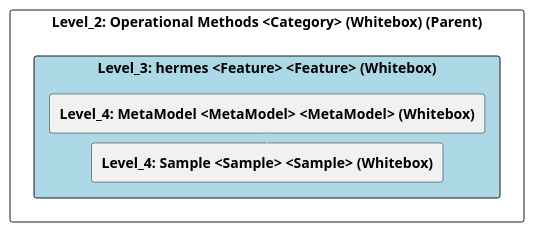
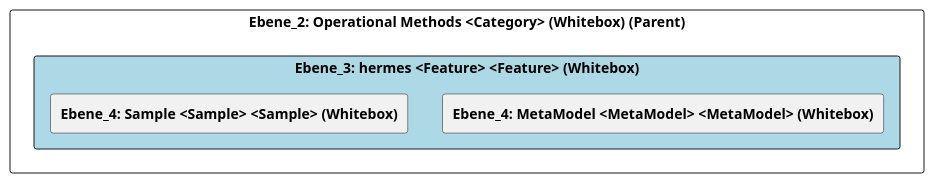
Before and after one commit to marcozwyssig/cleon: the diagram in doc/cleonproject_deliverables_architecture_model_architecture/adoc/de/05_bausteinsicht/cleon/operational_methods/hermes/ebene_3_hermes.adoc, drawn with PlantUML. The commit also changed other lines of this file and 150 other files, not shown here.

```diff
--- a/doc/cleonproject_deliverables_architecture_model_architecture/adoc/de/05_bausteinsicht/cleon/operational_methods/hermes/ebene_3_hermes.adoc
+++ b/doc/cleonproject_deliverables_architecture_model_architecture/adoc/de/05_bausteinsicht/cleon/operational_methods/hermes/ebene_3_hermes.adoc
@@ -20,28 +20,25 @@
-[plantuml, Level_3: hermes <Feature> <Feature> (Whitebox)BlockOverview, format="svg"]
+[plantuml, Ebene_3: hermes <Feature> <Feature> (Whitebox)BlockOverview, format="svg"]
 ----
-@startuml Level_3: hermes <Feature> <Feature> (Whitebox)BuildingBlockOverview
+@startuml Ebene_3: hermes <Feature> <Feature> (Whitebox)BuildingBlockOverview
 
 skinparam ranksep 10
 skinparam componentStyle rectangle
 skinparam shadowing false
 skinparam arrowColor lightblue
 skinparam arrowThickness 1.2
 skinparam rectangle {
   BackgroundColor White
   BorderColor #333
   RoundCorner 10
 }
 top to bottom direction
 
-component "Level_2: Operational Methods <Category> (Whitebox) (Parent)" {
-    component "Level_3: hermes <Feature> <Feature> (Whitebox)" #lightblue {
-        [**Level_4: MetaModel <MetaModel> <MetaModel> (Whitebox)**] as 3BDFB317_D421_11EF_BDEF_4D33DBCE89CB
-        [**Level_4: Sample <Sample> <Sample> (Whitebox)**] as 3BDFB318_D421_11EF_BDEF_4D33DBCE89CB
+component "Ebene_2: Operational Methods <Category> (Whitebox) (Parent)" {
+    component "Ebene_3: hermes <Feature> <Feature> (Whitebox)" #lightblue {
+        [**Ebene_4: MetaModel <MetaModel> <MetaModel> (Whitebox)**] as 3BDFB317_D421_11EF_BDEF_4D33DBCE89CB
+        [**Ebene_4: Sample <Sample> <Sample> (Whitebox)**] as 3BDFB318_D421_11EF_BDEF_4D33DBCE89CB
     }
-
-    3BDFB317_D421_11EF_BDEF_4D33DBCE89CB -down-> 3BDFB318_D421_11EF_BDEF_4D33DBCE89CB
-    
 }
 
 @enduml
 ----
```
